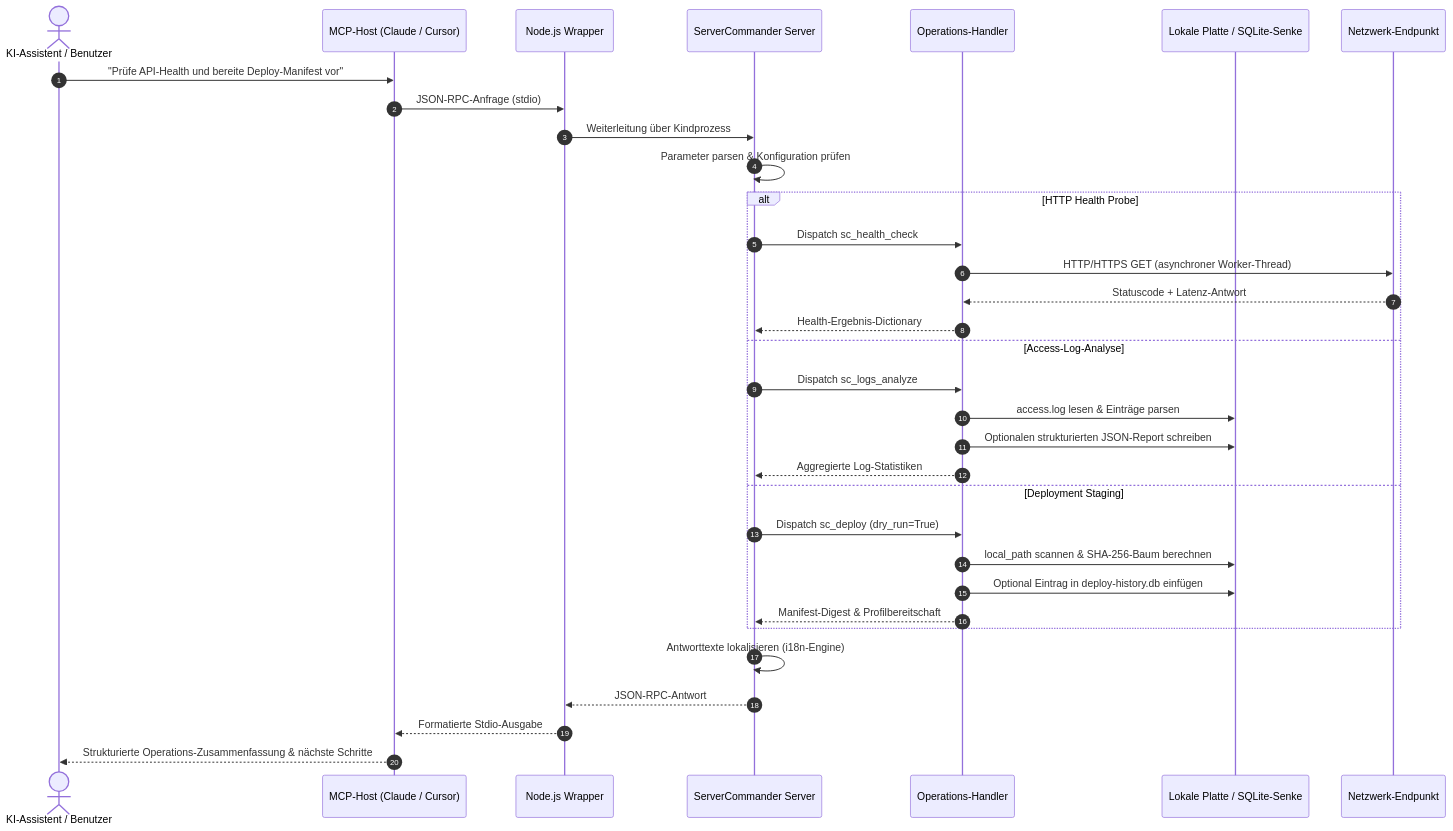
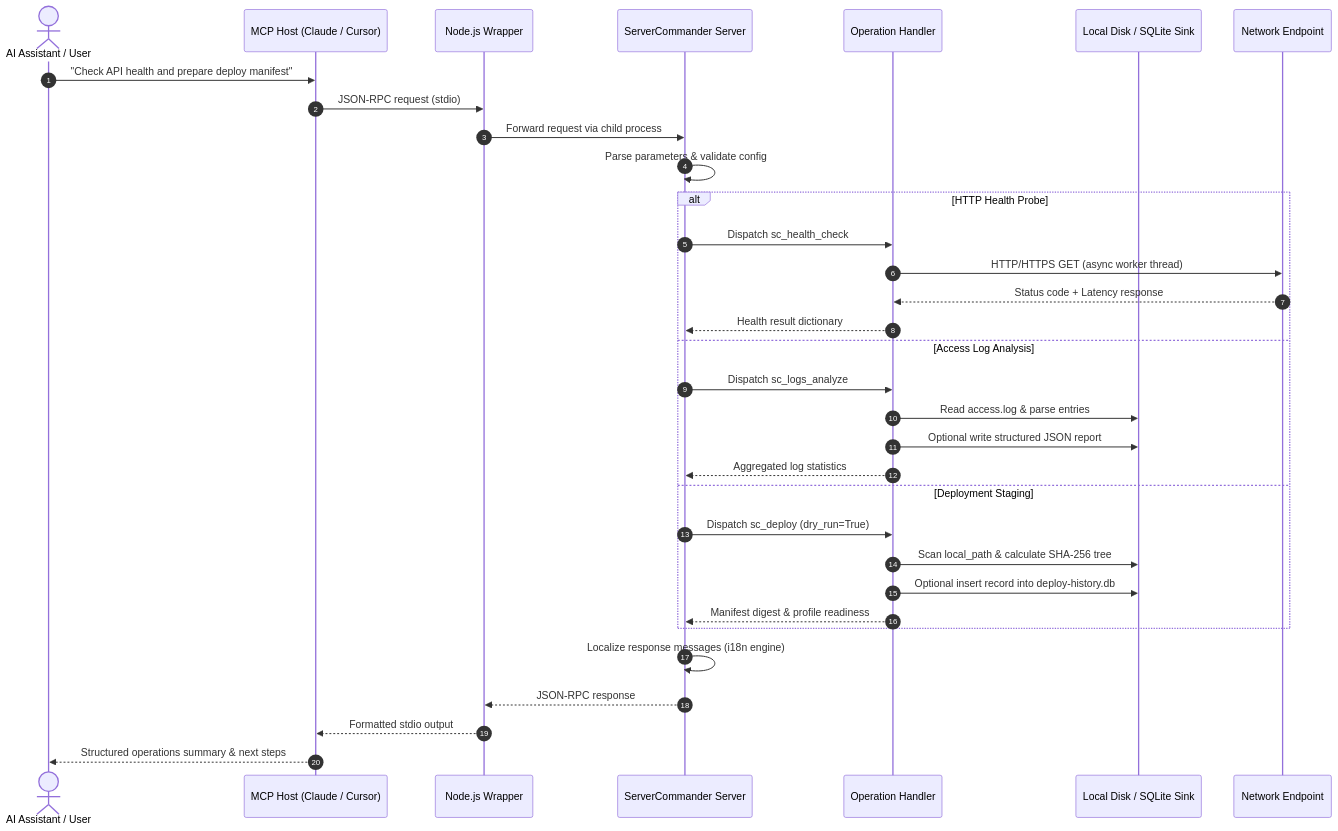
Before and after one commit to ellmos-ai/ellmos-servercommander-mcp: the second of 2 diagrams in README_de.md, drawn with Mermaid. The commit also changed other lines of this file and 12 other files, not shown here.

````diff
--- a/README_de.md
+++ b/README_de.md
@@ -260,38 +126,38 @@
 ```mermaid
 sequenceDiagram
     autonumber
-    actor User as KI-Assistent / Benutzer
-    participant Host as MCP-Host (Claude / Cursor)
+    actor User as AI Assistant / User
+    participant Host as MCP Host (Claude / Cursor)
     participant Wrapper as Node.js Wrapper
     participant Server as ServerCommander Server
-    participant Handler as Operations-Handler
-    participant Disk as Lokale Platte / SQLite-Senke
-    participant Target as Netzwerk-Endpunkt
+    participant Handler as Operation Handler
+    participant Disk as Local Disk / SQLite Sink
+    participant Target as Network Endpoint
 
-    User->>Host: "Prüfe API-Health und bereite Deploy-Manifest vor"
-    Host->>Wrapper: JSON-RPC-Anfrage (stdio)
-    Wrapper->>Server: Weiterleitung über Kindprozess
-    Server->>Server: Parameter parsen & Konfiguration prüfen
+    User->>Host: "Check API health and prepare deploy manifest"
+    Host->>Wrapper: JSON-RPC request (stdio)
+    Wrapper->>Server: Forward request via child process
+    Server->>Server: Parse parameters & validate config
 
     alt HTTP Health Probe
         Server->>Handler: Dispatch sc_health_check
-        Handler->>Target: HTTP/HTTPS GET (asynchroner Worker-Thread)
-        Target-->>Handler: Statuscode + Latenz-Antwort
-        Handler-->>Server: Health-Ergebnis-Dictionary
-    else Access-Log-Analyse
+        Handler->>Target: HTTP/HTTPS GET (async worker thread)
+        Target-->>Handler: Status code + Latency response
+        Handler-->>Server: Health result dictionary
+    else Access Log Analysis
         Server->>Handler: Dispatch sc_logs_analyze
-        Handler->>Disk: access.log lesen & Einträge parsen
-        Handler->>Disk: Optionalen strukturierten JSON-Report schreiben
-        Handler-->>Server: Aggregierte Log-Statistiken
+        Handler->>Disk: Read access.log & parse entries
+        Handler->>Disk: Optional write structured JSON report
+        Handler-->>Server: Aggregated log statistics
     else Deployment Staging
         Server->>Handler: Dispatch sc_deploy (dry_run=True)
-        Handler->>Disk: local_path scannen & SHA-256-Baum berechnen
-        Handler->>Disk: Optional Eintrag in deploy-history.db einfügen
-        Handler-->>Server: Manifest-Digest & Profilbereitschaft
+        Handler->>Disk: Scan local_path & calculate SHA-256 tree
+        Handler->>Disk: Optional insert record into deploy-history.db
+        Handler-->>Server: Manifest digest & profile readiness
     end
 
-    Server->>Server: Antworttexte lokalisieren (i18n-Engine)
-    Server-->>Wrapper: JSON-RPC-Antwort
-    Wrapper-->>Host: Formatierte Stdio-Ausgabe
-    Host-->>User: Strukturierte Operations-Zusammenfassung & nächste Schritte
+    Server->>Server: Localize response messages (i18n engine)
+    Server-->>Wrapper: JSON-RPC response
+    Wrapper-->>Host: Formatted stdio output
+    Host-->>User: Structured operations summary & next steps
 ```
````
